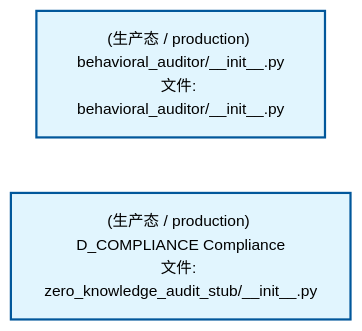
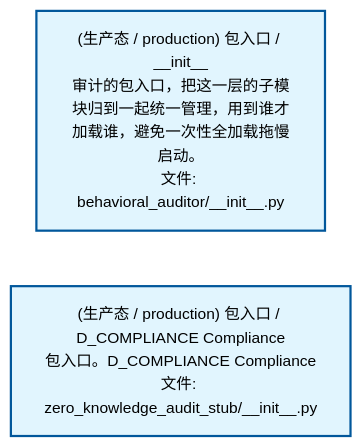
Before and after one commit to xuanFelixVan/ZephyrAlpha: the second of 4 diagrams in docs/02_enterprise_architecture/02_domain_architecture_docs/38_d_compliance.md, drawn with Mermaid. The commit also changed other lines of this file and 60 other files, not shown here.

````diff
--- a/docs/02_enterprise_architecture/02_domain_architecture_docs/38_d_compliance.md
+++ b/docs/02_enterprise_architecture/02_domain_architecture_docs/38_d_compliance.md
@@ -92,12 +92,12 @@
 ```mermaid
 %%{init: {'theme': 'base', 'themeVariables': {'primaryColor': '#eaeaea', 'primaryTextColor': '#333333', 'primaryBorderColor': '#666666', 'lineColor': '#666666', 'secondaryColor': '#eaeaea', 'tertiaryColor': '#eaeaea', 'fontSize': '14px'}}}%%
 flowchart TD
-    src_zephyr_compliance_behavioral_auditor_init_py["(生产态 / production) behavioral_auditor/__init__.py<br/>文件: behavioral_auditor/__init__.py"]
-    src_zephyr_compliance_zero_knowledge_audit_stub_init_py["(生产态 / production) D_COMPLIANCE Compliance<br/>文件: zero_knowledge_audit_stub/__init__.py"]
+    src_zephyr_compliance_behavioral_auditor_init_py["(生产态 / production) 包入口 / __init__<br/>审计的包入口，把这一层的子模块归到一起统一管理，用到谁才加载谁，避免一次性全加载拖慢启动。<br/>文件: behavioral_auditor/__init__.py"]
+    src_zephyr_compliance_zero_knowledge_audit_stub_init_py["(生产态 / production) 包入口 / D_COMPLIANCE Compliance<br/>包入口。D_COMPLIANCE Compliance<br/>文件: zero_knowledge_audit_stub/__init__.py"]
     src_zephyr_compliance_behavioral_auditor_init_py ~~~ src_zephyr_compliance_zero_knowledge_audit_stub_init_py
     classDef production fill:#e1f5fe,stroke:#01579b,stroke-width:2px,color:#000
     classDef design fill:#fff3e0,stroke:#e65100,stroke-width:2px,color:#000,stroke-dasharray: 5 5
     classDef external_prod fill:#e8f4fd,stroke:#0277bd,stroke-width:1px,color:#000
     classDef external_design fill:#fff8e7,stroke:#ef6c00,stroke-width:1px,color:#000,stroke-dasharray: 5 5
     class src_zephyr_compliance_behavioral_auditor_init_py,src_zephyr_compliance_zero_knowledge_audit_stub_init_py production
 ```
````
